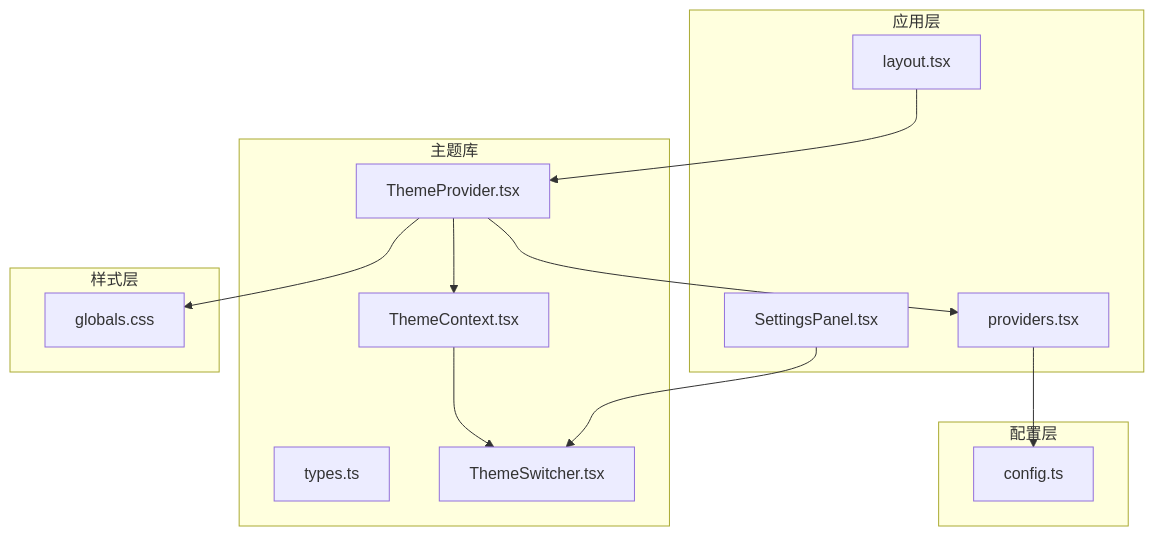
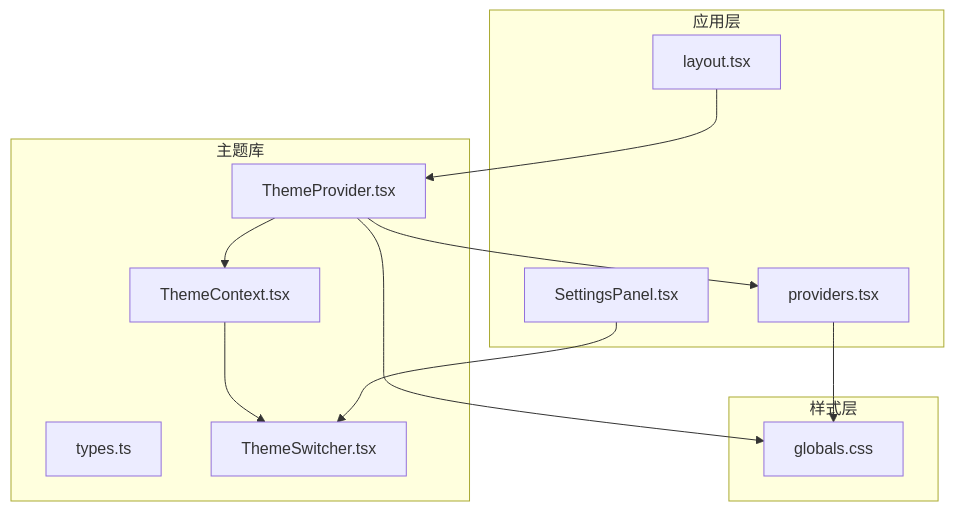
One commit to CryptoLinxu/Web3-AI-Agent changed the first of 11 diagrams in .qoder/repowiki/zh/content/项目概述/整体架构概览/Web应用程序/主题系统实现.md. Above: the diagram before and after it, drawn with Mermaid. The commit also changed other lines of this file and 11 other files, not shown here.

````diff
--- a/.qoder/repowiki/zh/content/项目概述/整体架构概览/Web应用程序/主题系统实现.md
+++ b/.qoder/repowiki/zh/content/项目概述/整体架构概览/Web应用程序/主题系统实现.md
@@ -55,27 +56,24 @@
 ```mermaid
 graph TB
 subgraph "应用层"
 Layout[layout.tsx]
 Providers[providers.tsx]
 SettingsPanel[SettingsPanel.tsx]
 end
 subgraph "主题库"
 ThemeProvider[ThemeProvider.tsx]
 ThemeContext[ThemeContext.tsx]
 Types[types.ts]
 ThemeSwitcher[ThemeSwitcher.tsx]
 end
 subgraph "样式层"
 Globals[globals.css]
 end
-subgraph "配置层"
-Config[config.ts]
-end
 Layout --> ThemeProvider
 ThemeProvider --> ThemeContext
 ThemeContext --> ThemeSwitcher
 ThemeProvider --> Providers
-Providers --> Config
+Providers --> Globals
 ThemeProvider --> Globals
 SettingsPanel --> ThemeSwitcher
 ```
````
